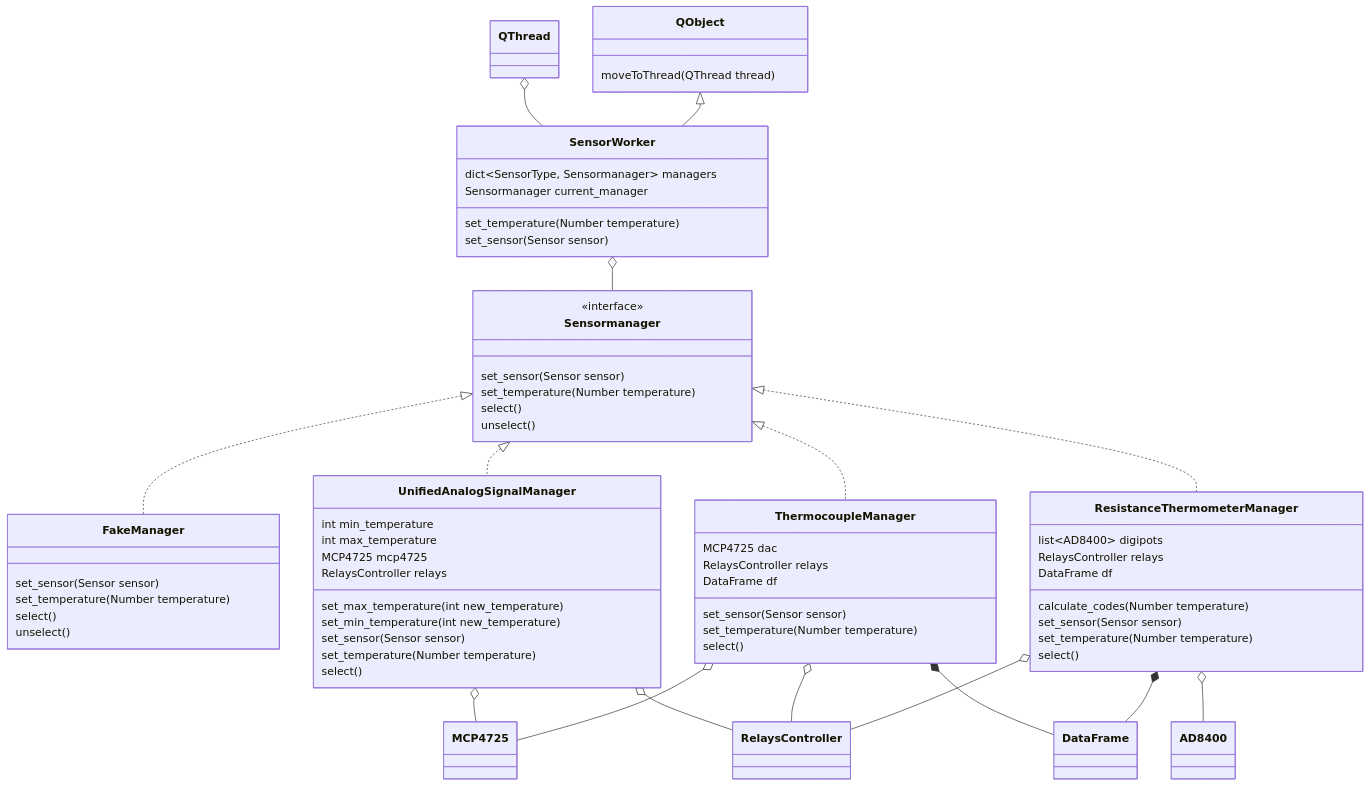
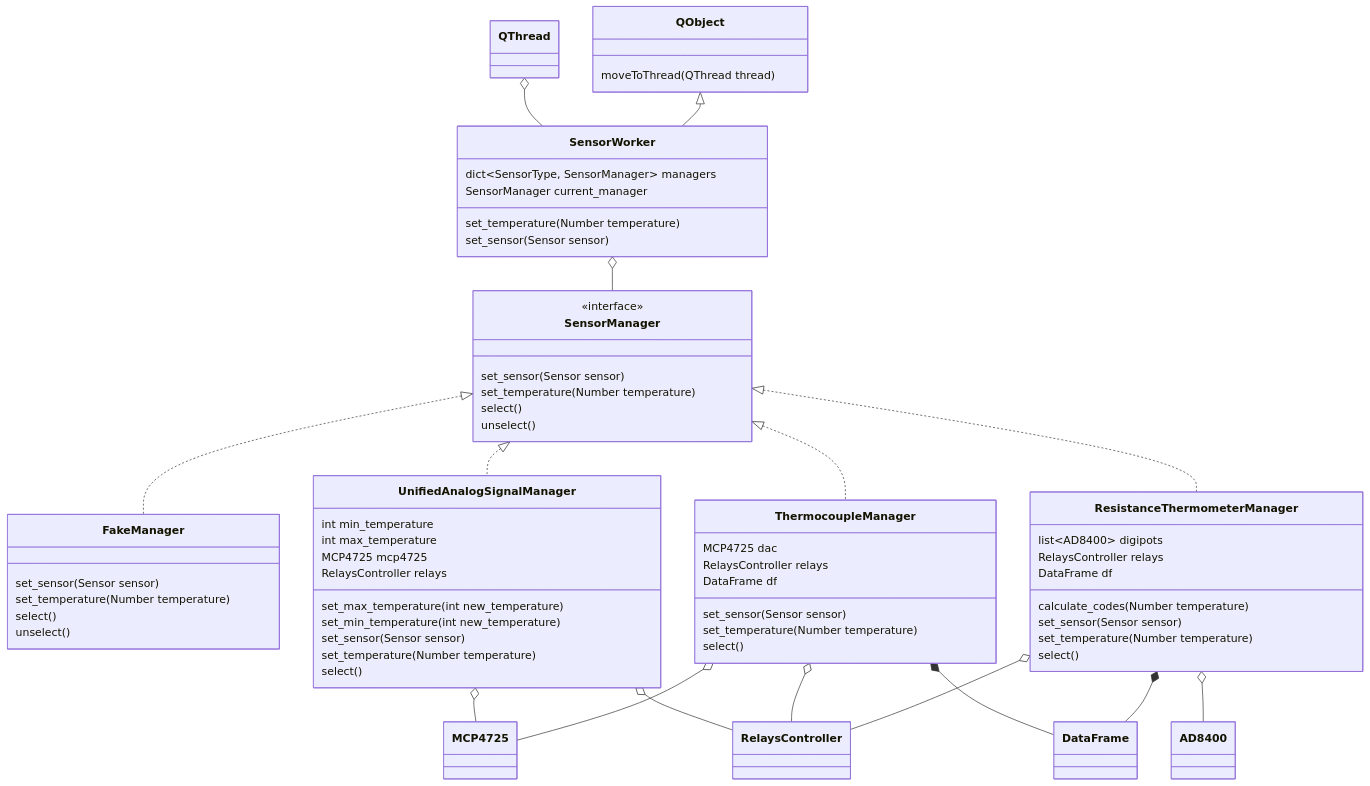
One commit to Marik28/dissertation changed the second of 7 diagrams in data/diagrams/диаграмма классов.md. Above: the diagram before and after it, drawn with Mermaid. The commit also changed other lines of this file, not shown here.

Commit message:
change diagrams

````diff
--- a/data/diagrams/диаграмма классов.md
+++ b/data/diagrams/диаграмма классов.md
@@ -137,74 +137,74 @@
 ```mermaid
 classDiagram
 
     class SensorWorker {
-        dict~SensorType, Sensormanager~ managers 
-        Sensormanager current_manager 
+        dict~SensorType, SensorManager~ managers 
+        SensorManager current_manager 
         set_temperature(Number temperature)
         set_sensor(Sensor sensor)
     }
     
     class QObject {
         moveToThread(QThread thread)
     }
     
-    class Sensormanager {
+    class SensorManager {
         <<interface>>
         set_sensor(Sensor sensor)
         set_temperature(Number temperature)
         select()
         unselect()   
     }
     class FakeManager {
         set_sensor(Sensor sensor)
         set_temperature(Number temperature)
         select()
         unselect()           
     }
     
     class UnifiedAnalogSignalManager {
         int min_temperature 
         int max_temperature
         MCP4725 mcp4725 
         RelaysController relays
         set_max_temperature(int new_temperature)
         set_min_temperature(int new_temperature)
         set_sensor(Sensor sensor)
         set_temperature(Number temperature)
         select()
     }
     
     class ResistanceThermometerManager {
         list~AD8400~ digipots
         RelaysController relays
         DataFrame df
         calculate_codes(Number temperature)
         set_sensor(Sensor sensor)
         set_temperature(Number temperature)
         select()
     }
     class ThermocoupleManager {
         MCP4725 dac
         RelaysController relays
         DataFrame df
         set_sensor(Sensor sensor)
         set_temperature(Number temperature)
         select()
     }
   
     QObject <|-- SensorWorker
     QThread o-- SensorWorker
-    SensorWorker o-- Sensormanager
-    Sensormanager <|.. UnifiedAnalogSignalManager
-    Sensormanager <|.. ResistanceThermometerManager
-    Sensormanager <|.. ThermocoupleManager
-    Sensormanager <|.. FakeManager
+    SensorWorker o-- SensorManager
+    SensorManager <|.. UnifiedAnalogSignalManager
+    SensorManager <|.. ResistanceThermometerManager
+    SensorManager <|.. ThermocoupleManager
+    SensorManager <|.. FakeManager
     ResistanceThermometerManager o-- RelaysController
     ResistanceThermometerManager *-- DataFrame
     ThermocoupleManager *-- DataFrame
     ThermocoupleManager o-- MCP4725
     ThermocoupleManager o-- RelaysController
     UnifiedAnalogSignalManager o-- MCP4725
     UnifiedAnalogSignalManager o-- RelaysController
     ResistanceThermometerManager o-- AD8400
 ```
````
